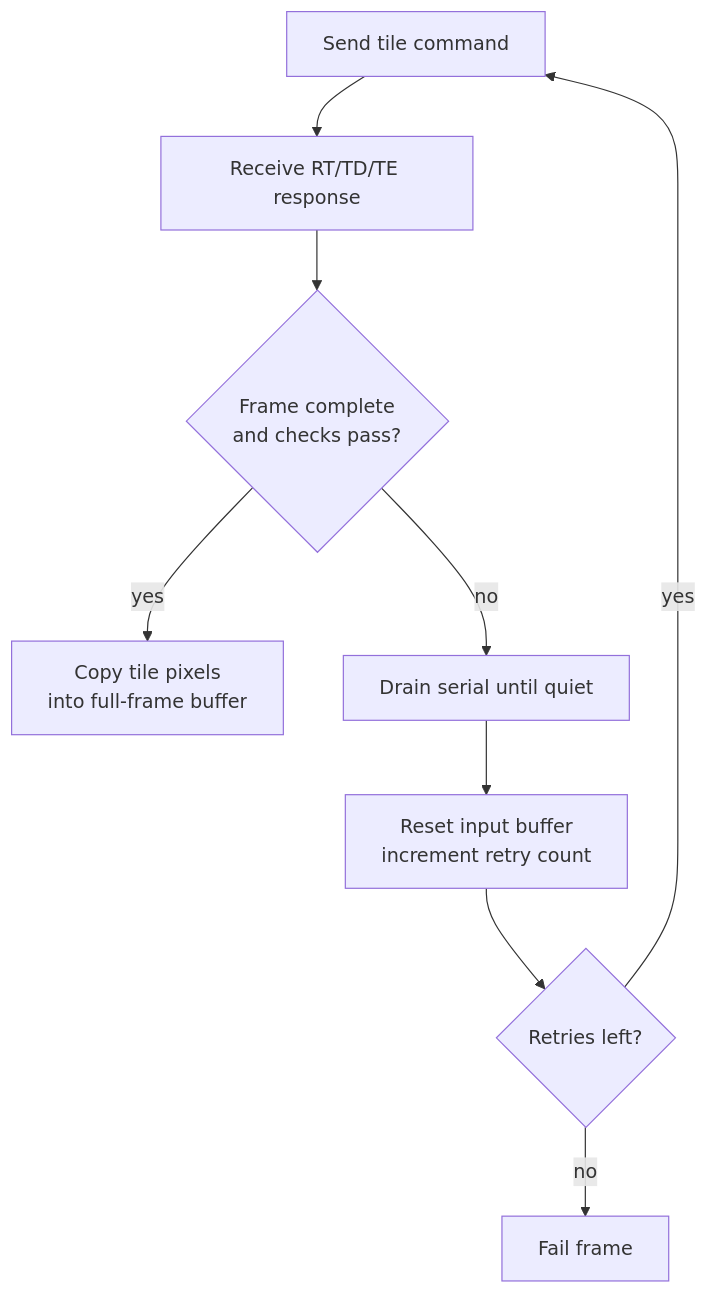
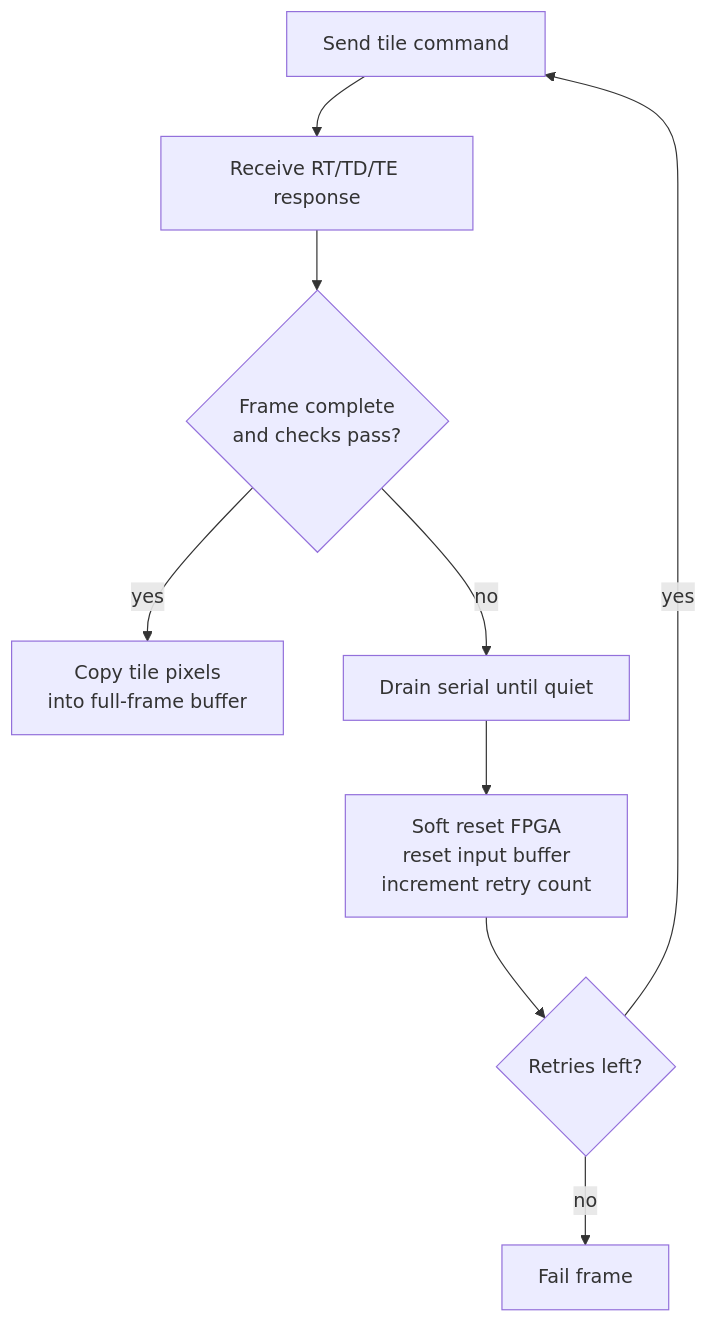
One commit to RESBI/FPGA-Mandelbrot-Demo changed diagram 15 of 17 in ARCHITECTURE.md. Above: the diagram before and after it, drawn with Mermaid. The commit also changed other lines of this file and 17 other files, not shown here.

Commit message:
Add compute tile retry and soft reset

````diff
--- a/ARCHITECTURE.md
+++ b/ARCHITECTURE.md
@@ -888,11 +894,11 @@
 ```mermaid
 flowchart TB
     CMD["Send tile command"] --> RX["Receive RT/TD/TE response"]
     RX --> CHECK{"Frame complete<br/>and checks pass?"}
     CHECK -->|yes| COPY["Copy tile pixels<br/>into full-frame buffer"]
     CHECK -->|no| DRAIN["Drain serial until quiet"]
-    DRAIN --> RESET["Reset input buffer<br/>increment retry count"]
+    DRAIN --> RESET["Soft reset FPGA<br/>reset input buffer<br/>increment retry count"]
     RESET --> RETRY{"Retries left?"}
     RETRY -->|yes| CMD
     RETRY -->|no| FAIL["Fail frame"]
 ```
````
